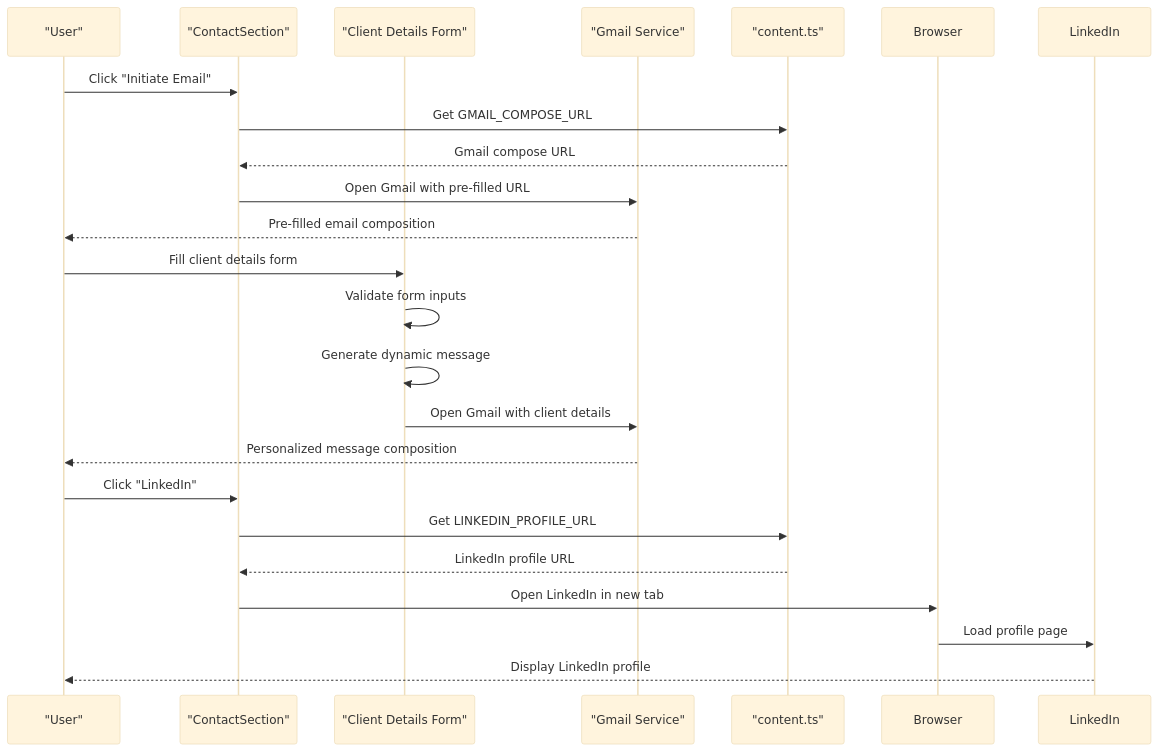
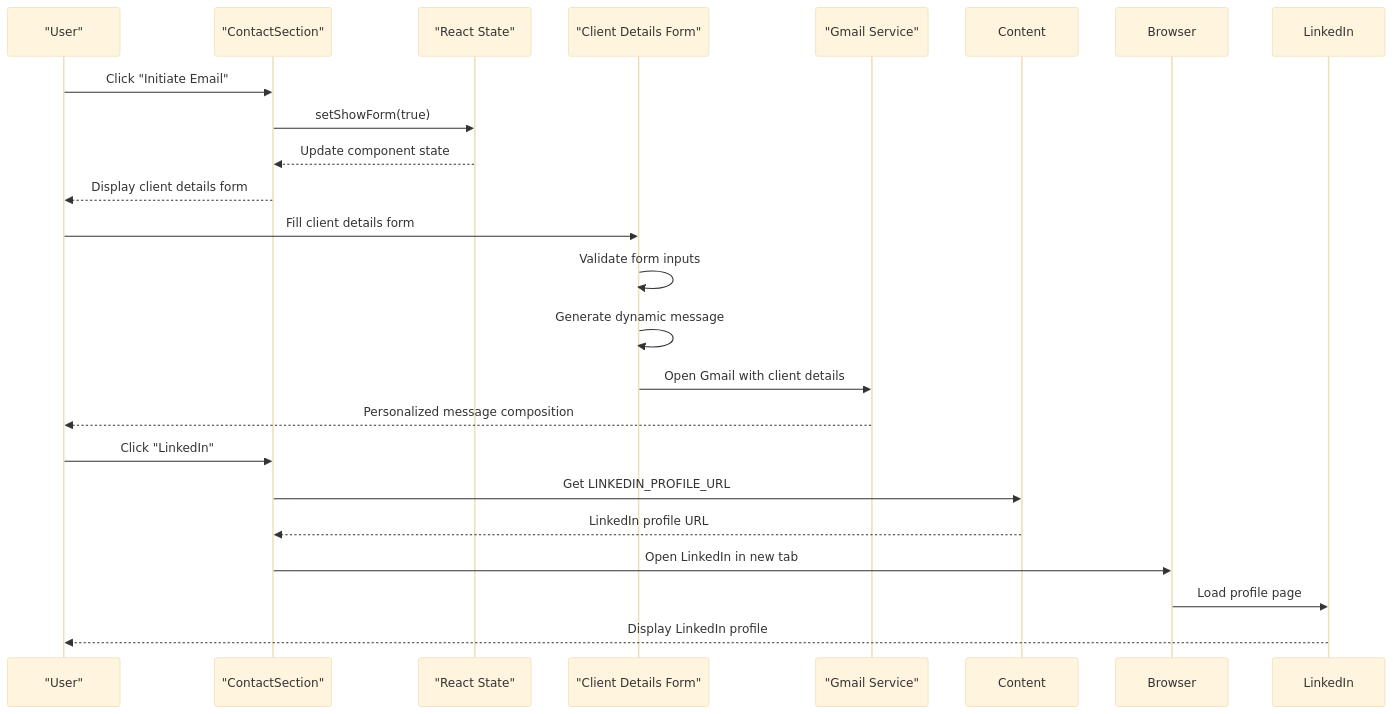
Before and after one commit to subash7781/Portfolio: the second of 5 diagrams in .qoder/repowiki/en/content/Component Library & UI Elements/ContactSection Component.md, drawn with Mermaid (base theme). The commit also changed other lines of this file and 3 other files, not shown here.

````diff
--- a/.qoder/repowiki/en/content/Component Library & UI Elements/ContactSection Component.md
+++ b/.qoder/repowiki/en/content/Component Library & UI Elements/ContactSection Component.md
@@ -123,24 +124,23 @@
 ```mermaid
 sequenceDiagram
 participant User as "User"
 participant Contact as "ContactSection"
+participant State as "React State"
 participant Form as "Client Details Form"
 participant Gmail as "Gmail Service"
-participant Content as "content.ts"
 User->>Contact : Click "Initiate Email"
-Contact->>Content : Get GMAIL_COMPOSE_URL
-Content-->>Contact : Gmail compose URL
-Contact->>Gmail : Open Gmail with pre-filled URL
-Gmail-->>User : Pre-filled email composition
+Contact->>State : setShowForm(true)
+State-->>Contact : Update component state
+Contact-->>User : Display client details form
 User->>Form : Fill client details form
 Form->>Form : Validate form inputs
 Form->>Form : Generate dynamic message
 Form->>Gmail : Open Gmail with client details
 Gmail-->>User : Personalized message composition
 User->>Contact : Click "LinkedIn"
 Contact->>Content : Get LINKEDIN_PROFILE_URL
 Content-->>Contact : LinkedIn profile URL
 Contact->>Browser : Open LinkedIn in new tab
 Browser->>LinkedIn : Load profile page
 LinkedIn-->>User : Display LinkedIn profile
 ```
````
